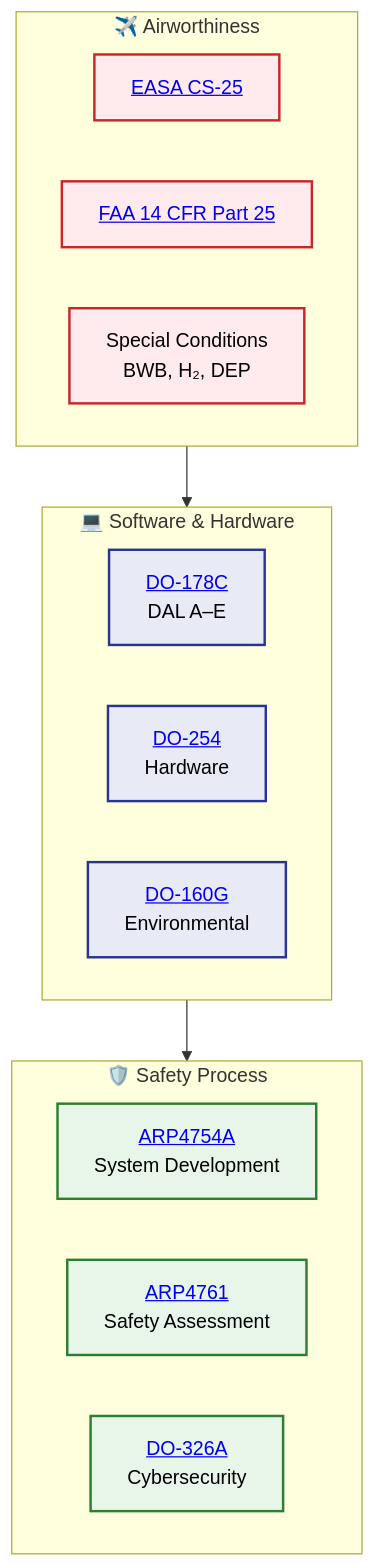
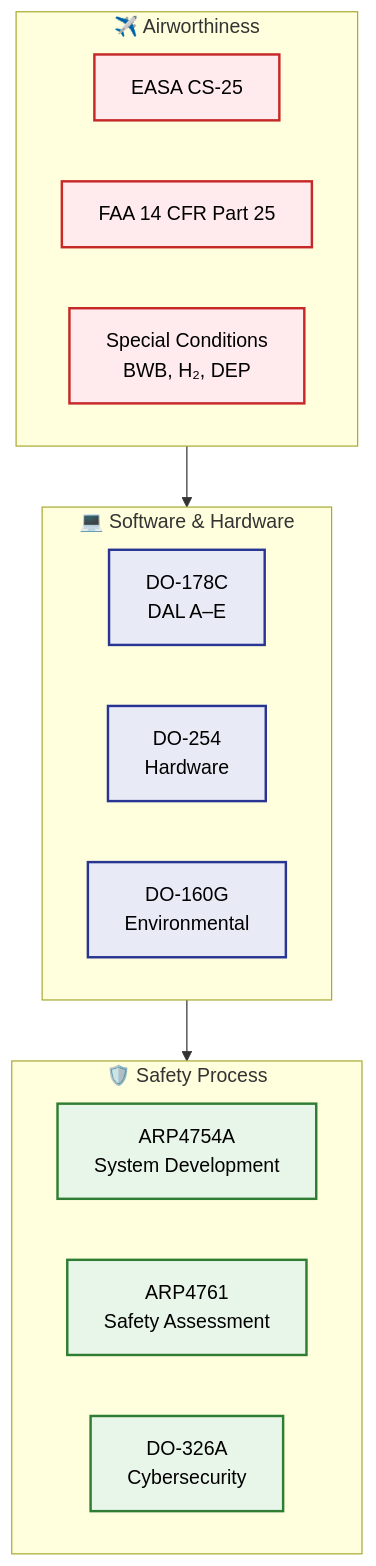
The sixth of 9 diagrams in README.md (AmedeoPelliccia/AMPEL360-BWB-H2-Hy-E), drawn with Mermaid before and after one commit. The commit also changed other lines of this file, not shown here.

Commit message:
Fix Mermaid diagram by removing HTML links and adding reference table

````diff
--- a/README.md
+++ b/README.md
@@ -572,32 +572,32 @@
 ```mermaid
 flowchart TB
     subgraph Primary["✈️ Airworthiness"]
-        EASA["<a href='https://www.easa.europa.eu/en/document-library/certification-specifications/cs-25-large-aeroplanes'>EASA CS-25</a>"]
-        FAA["<a href='https://www.ecfr.gov/current/title-14/chapter-I/subchapter-C/part-25'>FAA 14 CFR Part 25</a>"]
+        EASA["EASA CS-25"]
+        FAA["FAA 14 CFR Part 25"]
         SC["Special Conditions<br/>BWB, H₂, DEP"]
     end
 
     subgraph SW["💻 Software & Hardware"]
-        DO178["<a href='https://www.rtca.org/content/standards-guidance-documents'>DO-178C</a><br/>DAL A–E"]
-        DO254["<a href='https://www.rtca.org/content/standards-guidance-documents'>DO-254</a><br/>Hardware"]
-        DO160["<a href='https://www.rtca.org/content/standards-guidance-documents'>DO-160G</a><br/>Environmental"]
+        DO178["DO-178C<br/>DAL A–E"]
+        DO254["DO-254<br/>Hardware"]
+        DO160["DO-160G<br/>Environmental"]
     end
 
     subgraph Safety["🛡️ Safety Process"]
-        ARP4754["<a href='https://www.sae.org/standards/content/arp4754a/'>ARP4754A</a><br/>System Development"]
-        ARP4761["<a href='https://www.sae.org/standards/content/arp4761/'>ARP4761</a><br/>Safety Assessment"]
-        DO326["<a href='https://www.rtca.org/content/standards-guidance-documents'>DO-326A</a><br/>Cybersecurity"]
+        ARP4754["ARP4754A<br/>System Development"]
+        ARP4761["ARP4761<br/>Safety Assessment"]
+        DO326["DO-326A<br/>Cybersecurity"]
     end
 
     Primary --> SW --> Safety
 
     style EASA fill:#ffebee,stroke:#c62828,stroke-width:2px,color:#000
     style FAA fill:#ffebee,stroke:#c62828,stroke-width:2px,color:#000
     style SC fill:#ffebee,stroke:#c62828,stroke-width:2px,color:#000
     style DO178 fill:#e8eaf6,stroke:#283593,stroke-width:2px,color:#000
     style DO254 fill:#e8eaf6,stroke:#283593,stroke-width:2px,color:#000
     style DO160 fill:#e8eaf6,stroke:#283593,stroke-width:2px,color:#000
     style ARP4754 fill:#e8f5e9,stroke:#2e7d32,stroke-width:2px,color:#000
     style ARP4761 fill:#e8f5e9,stroke:#2e7d32,stroke-width:2px,color:#000
     style DO326 fill:#e8f5e9,stroke:#2e7d32,stroke-width:2px,color:#000
 ```
````
